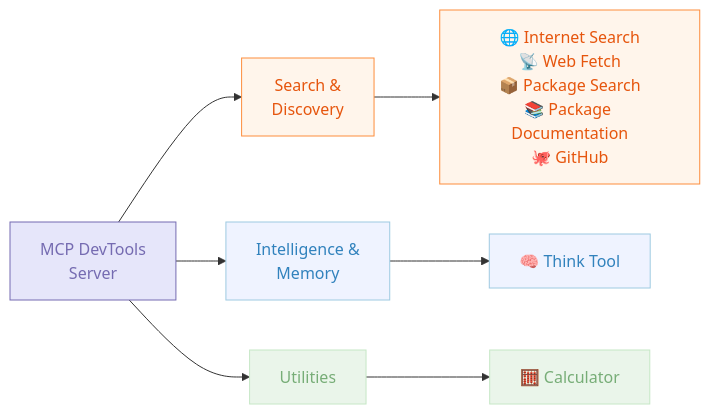
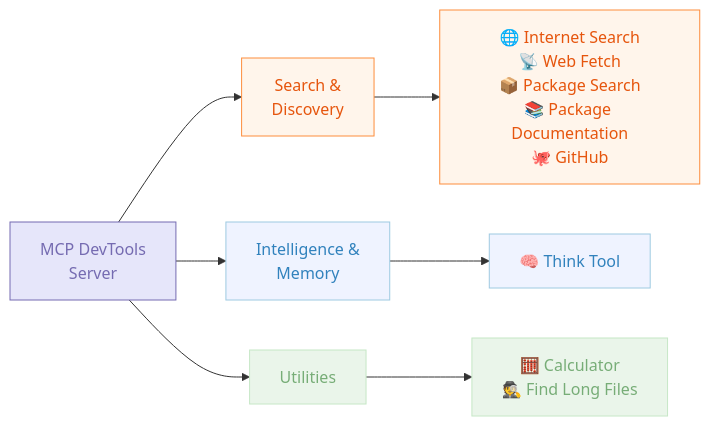
Before and after one commit to sammcj/mcp-devtools: the first of 2 diagrams in README.md, drawn with Mermaid. The commit also changed other lines of this file and 3 other files, not shown here.

Commit message:
chore: bump deps, docs: minor update to diagram in readme

````diff
--- a/README.md
+++ b/README.md
@@ -7,24 +7,24 @@
 ```mermaid
 graph LR
     A[MCP DevTools<br>Server]
 
     A --> B[Search &<br>Discovery]
     A --> E[Intelligence &<br>Memory]
     A --> F[Utilities]
 
     B --> B_Tools[🌐 Internet Search<br>📡 Web Fetch<br>📦 Package Search<br>📚 Package Documentation<br>🐙 GitHub]
 
     E --> E_Tools[🧠 Think Tool]
 
-    F --> F_Tools[🧮 Calculator]
+    F --> F_Tools[🧮 Calculator<br>🕵 Find Long Files]
 
     classDef components fill:#E6E6FA,stroke:#756BB1,color:#756BB1
     classDef decision fill:#FFF5EB,stroke:#FD8D3C,color:#E6550D
     classDef data fill:#EFF3FF,stroke:#9ECAE1,color:#3182BD
     classDef process fill:#EAF5EA,stroke:#C6E7C6,color:#77AD77
 
     class A components
     class B,B_Tools decision
     class E,E_Tools data
     class F,F_Tools process
 ```
````
